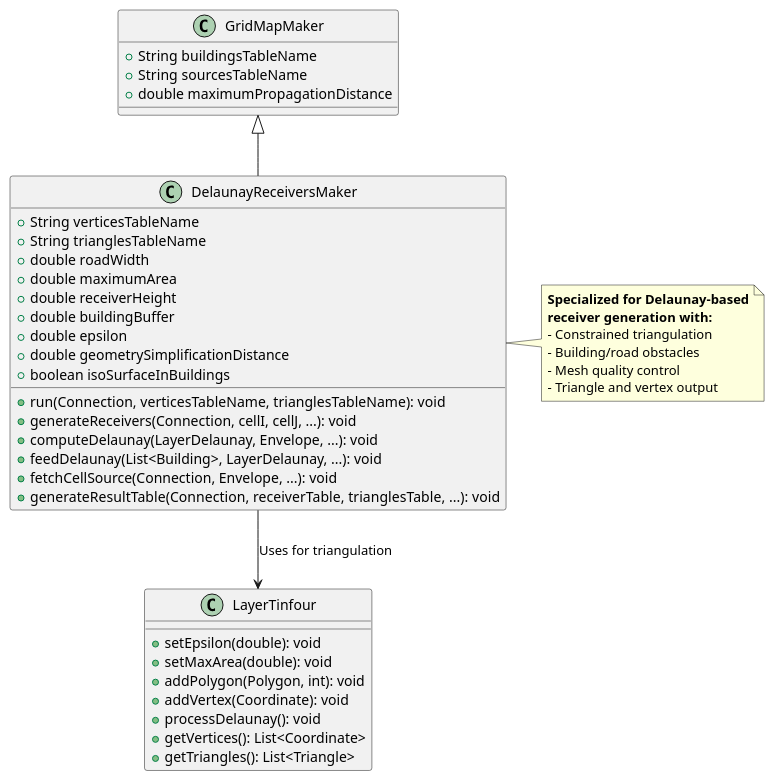
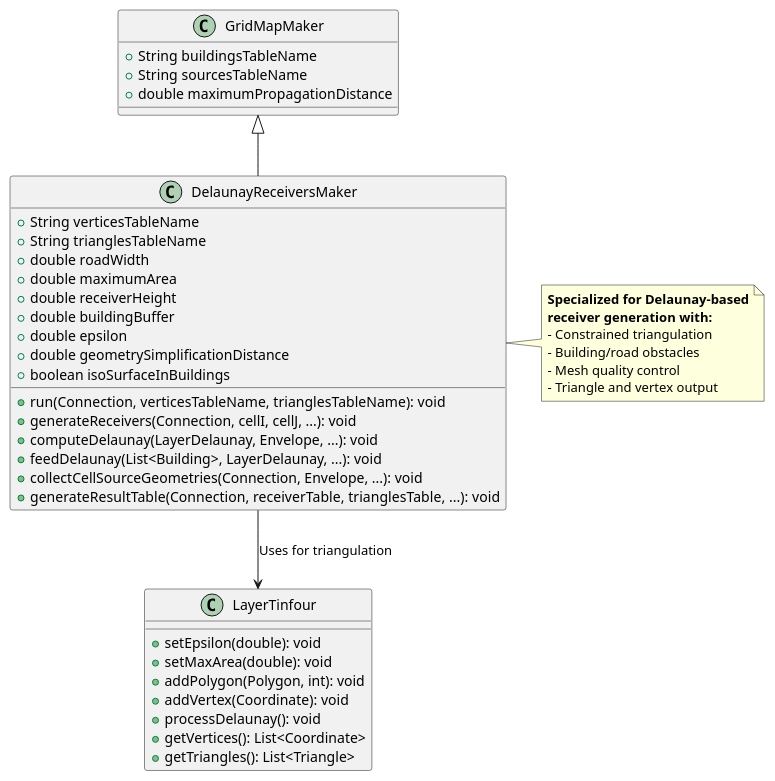
The first of 5 diagrams in Docs-dev/receiver_generation_algorithms.md (jtagusari/NoiseModelling), drawn with PlantUML before and after one commit. The commit also changed other lines of this file and 33 other files, not shown here.

````diff
--- a/Docs-dev/receiver_generation_algorithms.md
+++ b/Docs-dev/receiver_generation_algorithms.md
@@ -71,49 +71,49 @@
 ```plantuml
 @startuml
 class GridMapMaker {
   + String buildingsTableName
   + String sourcesTableName
   + double maximumPropagationDistance
 }
 
 class DelaunayReceiversMaker extends GridMapMaker {
   + String verticesTableName
   + String trianglesTableName
   + double roadWidth
   + double maximumArea
   + double receiverHeight
   + double buildingBuffer
   + double epsilon
   + double geometrySimplificationDistance
   + boolean isoSurfaceInBuildings
   
   + run(Connection, verticesTableName, trianglesTableName): void
   + generateReceivers(Connection, cellI, cellJ, ...): void
   + computeDelaunay(LayerDelaunay, Envelope, ...): void
   + feedDelaunay(List<Building>, LayerDelaunay, ...): void
-  + fetchCellSource(Connection, Envelope, ...): void
+  + collectCellSourceGeometries(Connection, Envelope, ...): void
   + generateResultTable(Connection, receiverTable, trianglesTable, ...): void
 }
 
 class LayerTinfour {
   + setEpsilon(double): void
   + setMaxArea(double): void
   + addPolygon(Polygon, int): void
   + addVertex(Coordinate): void
   + processDelaunay(): void
   + getVertices(): List<Coordinate>
   + getTriangles(): List<Triangle>
 }
 
 DelaunayReceiversMaker --> LayerTinfour : Uses for triangulation
 
 note right of DelaunayReceiversMaker
   **Specialized for Delaunay-based**
   **receiver generation with:**
   - Constrained triangulation
   - Building/road obstacles
   - Mesh quality control
   - Triangle and vertex output
 end note
 @enduml
 ```
````
